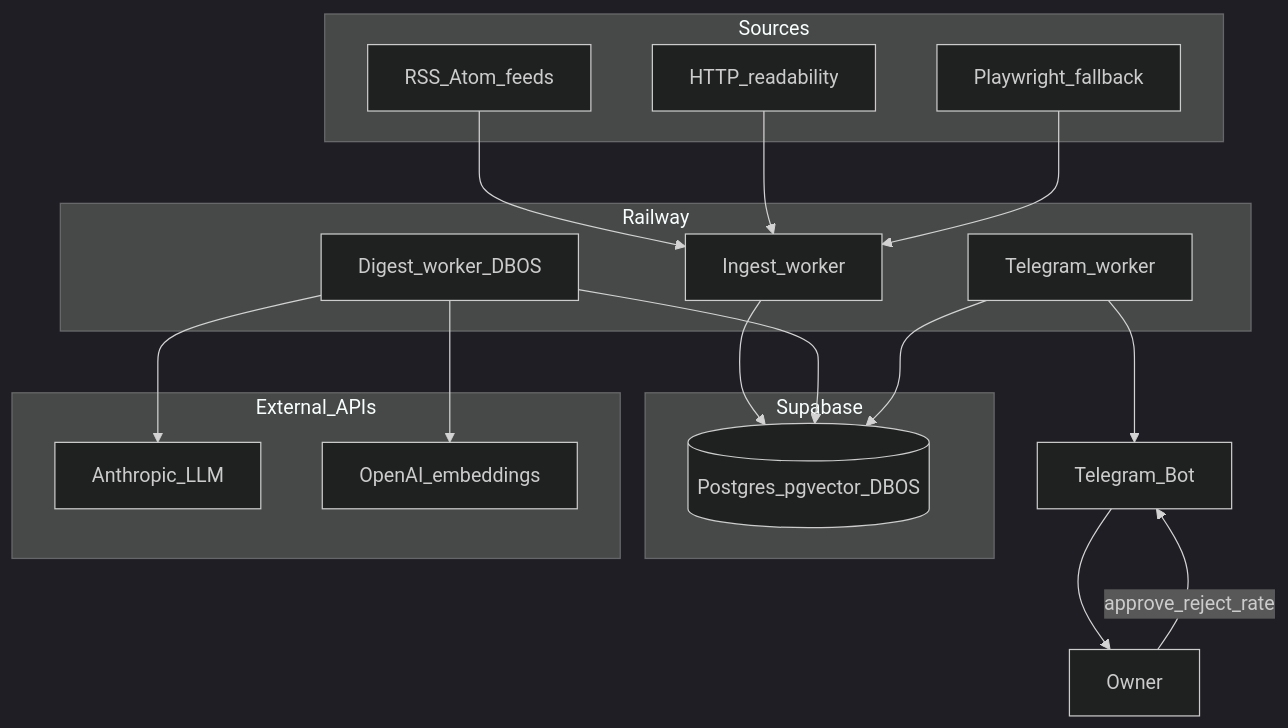
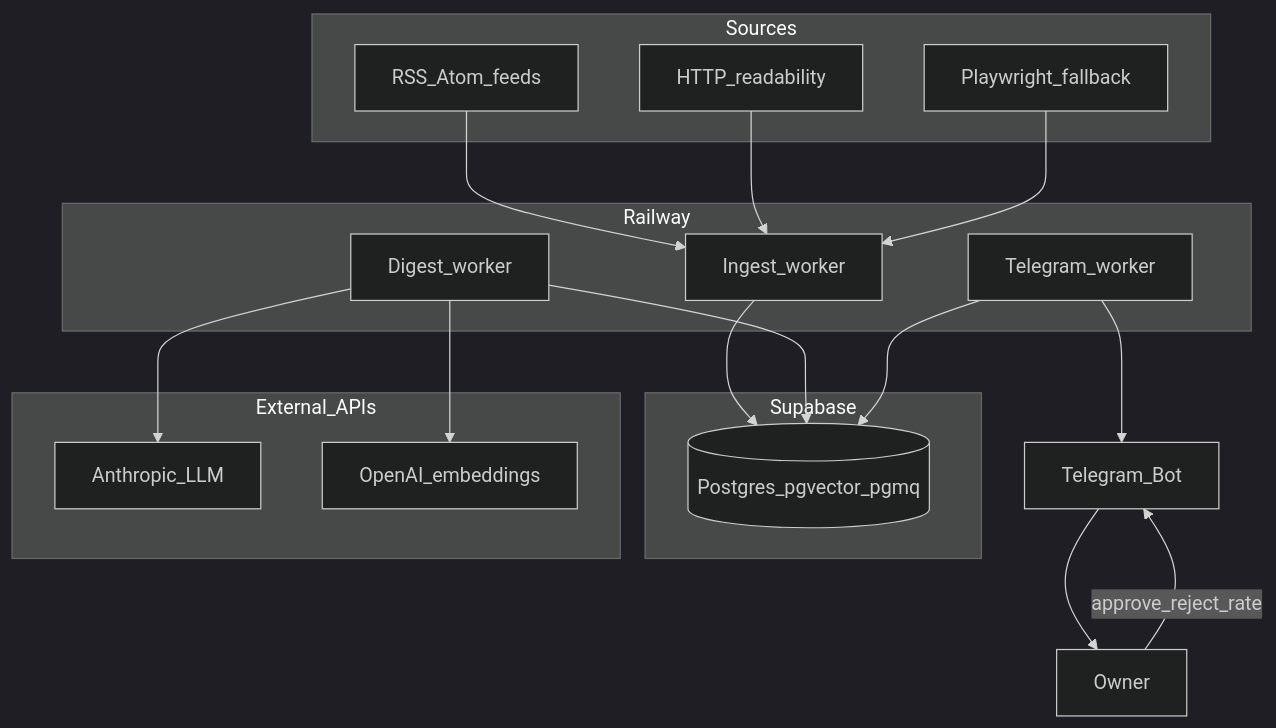
The first of 2 diagrams in docs/README.md (sacha-l/newsie), drawn with Mermaid (dark theme) before and after one commit. The commit also changed 59 other files, not shown here.

````diff
--- a/docs/README.md
+++ b/docs/README.md
@@ -9,38 +9,38 @@
 ```mermaid
 flowchart TB
   subgraph sources [Sources]
     RSS[RSS_Atom_feeds]
     HTTP[HTTP_readability]
     PW[Playwright_fallback]
   end
 
   subgraph railway [Railway]
     Ingest[Ingest_worker]
-    Digest[Digest_worker_DBOS]
+    Digest[Digest_worker]
     TgWorker[Telegram_worker]
   end
 
   subgraph supabase [Supabase]
-    DB[(Postgres_pgvector_DBOS)]
+    DB[(Postgres_pgvector_pgmq)]
   end
 
   subgraph external [External_APIs]
     Anthropic[Anthropic_LLM]
     OpenAI[OpenAI_embeddings]
   end
 
   Owner[Owner]
   Telegram[Telegram_Bot]
 
   RSS --> Ingest
   HTTP --> Ingest
   PW --> Ingest
   Ingest --> DB
   Digest --> DB
   Digest --> Anthropic
   Digest --> OpenAI
   TgWorker --> DB
   TgWorker --> Telegram
   Telegram --> Owner
   Owner -->|"approve_reject_rate"| Telegram
 ```
````
